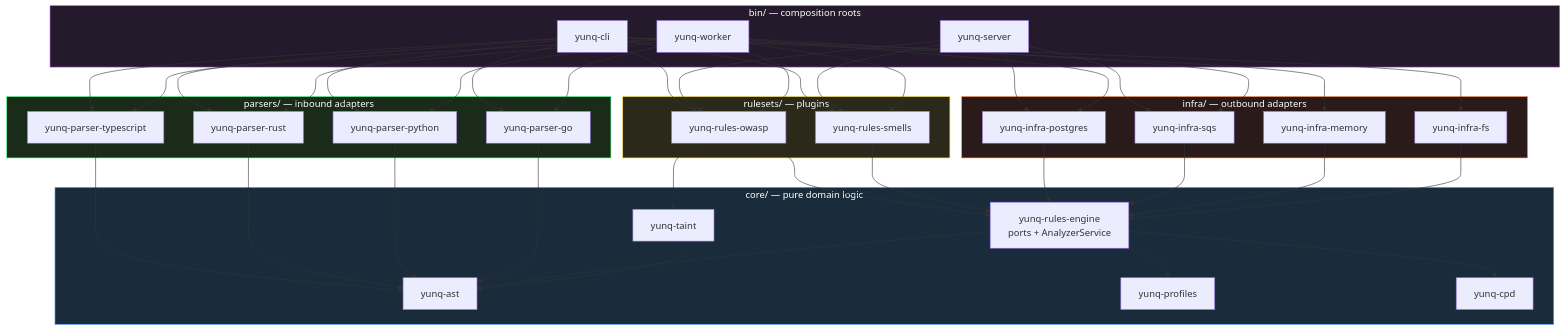
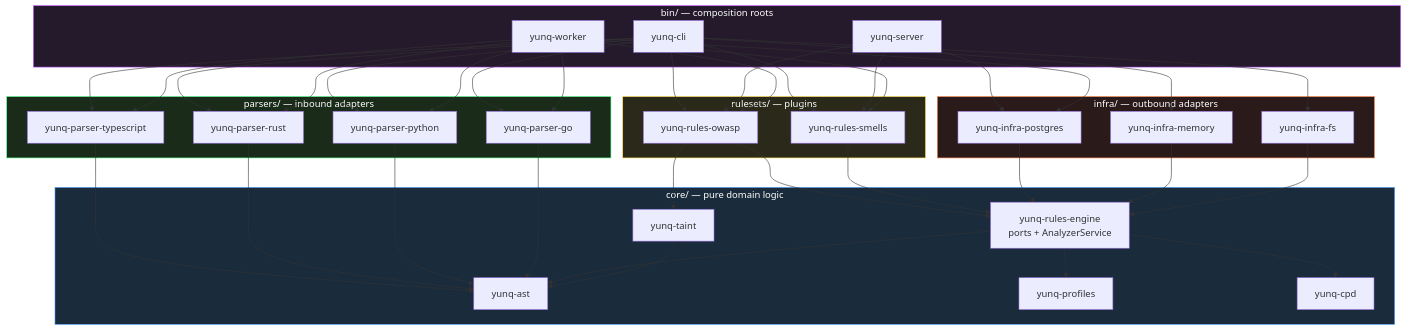
One commit to pmaojo/vord changed the diagram in README.md. Above: the diagram before and after it, drawn with Mermaid. The commit also changed other lines of this file and 13 other files, not shown here.

````diff
--- a/README.md
+++ b/README.md
@@ -40,72 +39,68 @@
 ```mermaid
 graph TD
     subgraph bin["bin/ — composition roots"]
         CLI[yunq-cli]
         SERVER[yunq-server]
         WORKER[yunq-worker]
     end
     subgraph parsers["parsers/ — inbound adapters"]
         PTS[yunq-parser-typescript]
         PRS[yunq-parser-rust]
         PPY[yunq-parser-python]
         PGO[yunq-parser-go]
     end
     subgraph rulesets["rulesets/ — plugins"]
         ROW[yunq-rules-owasp]
         RSM[yunq-rules-smells]
     end
     subgraph infra["infra/ — outbound adapters"]
         IPG[yunq-infra-postgres]
-        ISQ[yunq-infra-sqs]
         IMEM[yunq-infra-memory]
         IFS[yunq-infra-fs]
     end
     subgraph core["core/ — pure domain logic"]
         AST[yunq-ast]
         PROF[yunq-profiles]
         ENGINE[yunq-rules-engine<br/>ports + AnalyzerService]
         TAINT[yunq-taint]
         CPD[yunq-cpd]
     end
     CLI --> PTS
     CLI --> PRS
     CLI --> PPY
     CLI --> PGO
     CLI --> ROW
     CLI --> RSM
     CLI --> IMEM
     CLI --> IFS
-    SERVER --> ISQ
     SERVER --> IPG
     SERVER --> ROW
     SERVER --> RSM
-    WORKER --> ISQ
     WORKER --> IPG
     WORKER --> PTS
     WORKER --> PRS
     WORKER --> PPY
     WORKER --> PGO
     WORKER --> ROW
     WORKER --> RSM
     PTS --> AST
     PRS --> AST
     PPY --> AST
     PGO --> AST
     ROW --> ENGINE
     ROW --> TAINT
     RSM --> ENGINE
     IPG --> ENGINE
-    ISQ --> ENGINE
     IMEM --> ENGINE
     IFS --> ENGINE
     ENGINE --> AST
     ENGINE --> PROF
     ENGINE --> CPD
     TAINT --> AST
 
     style core fill:#1a2b3c,stroke:#4a9eff,color:#fff
     style infra fill:#2b1a1a,stroke:#ff8a4a,color:#fff
     style parsers fill:#1a2b1a,stroke:#4aff8a,color:#fff
     style rulesets fill:#2b2a1a,stroke:#ffdd4a,color:#fff
     style bin fill:#241a2b,stroke:#c04aff,color:#fff
 ```
````
